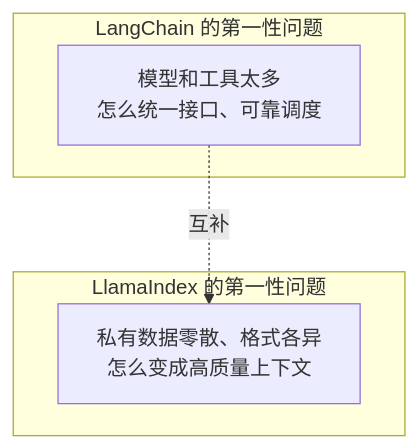
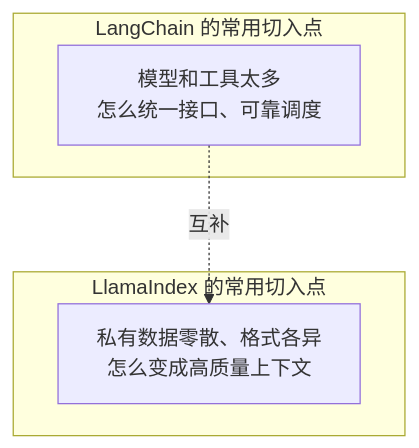
The first of 2 diagrams in docs/frameworks/02-llamaindex/14-data-index-abstractions.md (oneleaveknowsthefall/awesome-ai-roadmap), drawn with Mermaid before and after one commit. The commit also changed other lines of this file and 27 other files, not shown here.

````diff
--- a/docs/frameworks/02-llamaindex/14-data-index-abstractions.md
+++ b/docs/frameworks/02-llamaindex/14-data-index-abstractions.md
@@ -13,10 +15,10 @@
 ```mermaid
 flowchart TB
-    subgraph LC["LangChain 的第一性问题"]
+    subgraph LC["LangChain 的常用切入点"]
         L1["模型和工具太多<br/>怎么统一接口、可靠调度"]
     end
-    subgraph LI["LlamaIndex 的第一性问题"]
+    subgraph LI["LlamaIndex 的常用切入点"]
         I1["私有数据零散、格式各异<br/>怎么变成高质量上下文"]
     end
     L1 -.互补.-> I1
 ```
````
